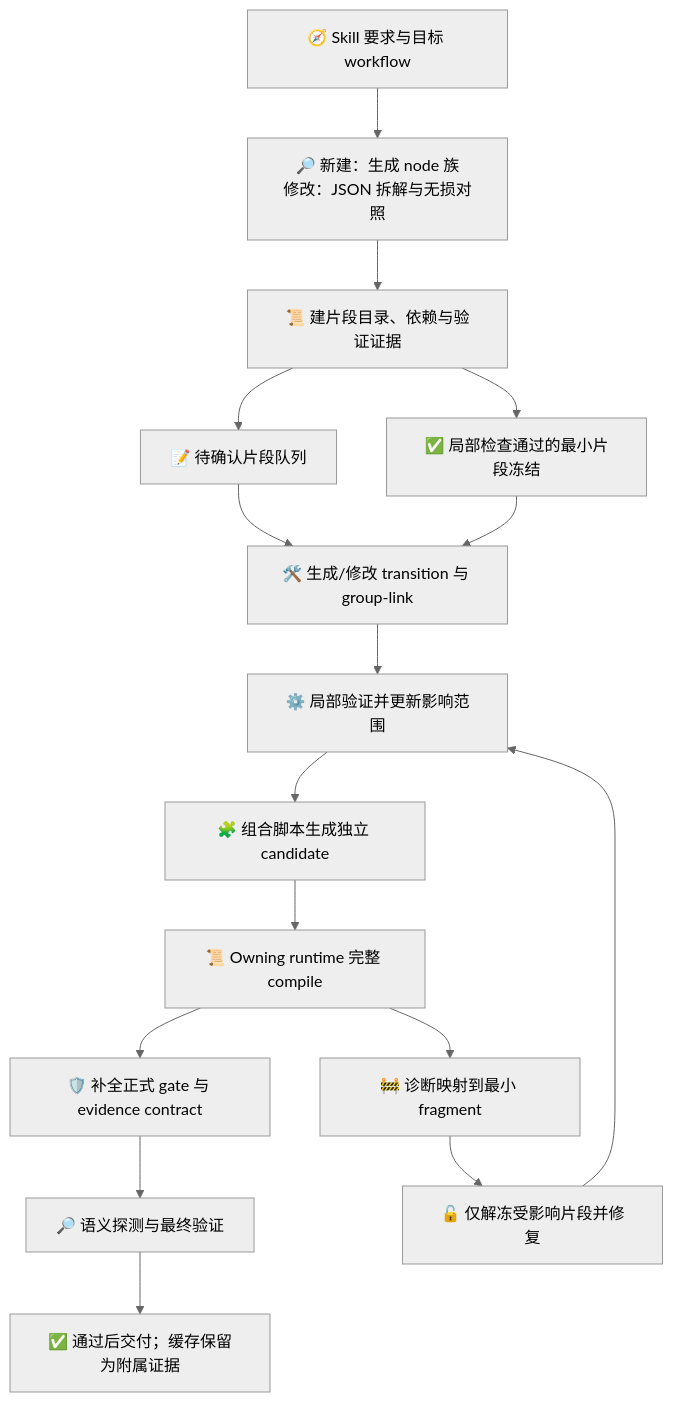
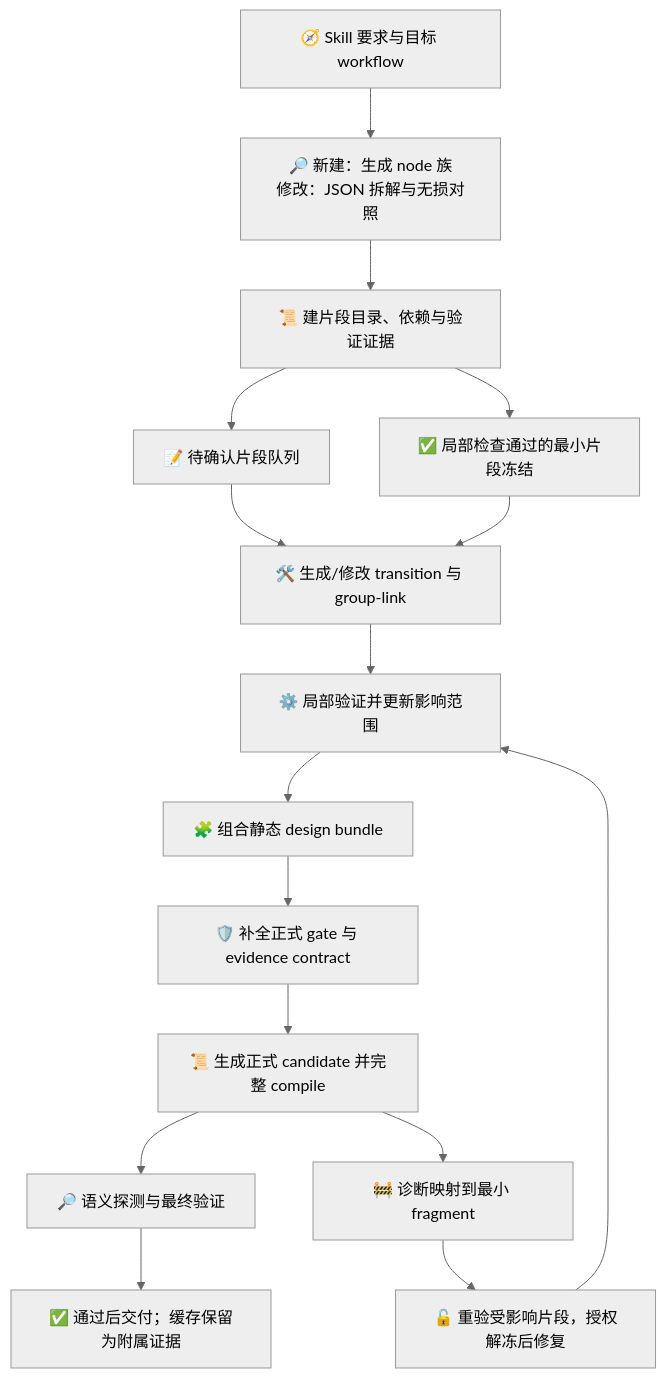
One commit to waynebaby/Techne-Loom changed the diagram in nextstep.md. Above: the diagram before and after it, drawn with Mermaid (neutral theme). The commit also changed other lines of this file, not shown here.

````diff
--- a/nextstep.md
+++ b/nextstep.md
@@ -308,18 +337,18 @@
 ```mermaid
 flowchart TD
   A["🧭 Skill 要求与目标 workflow"] --> B["🔎 新建：生成 node 族<br/>修改：JSON 拆解与无损对照"]
   B --> C["📜 建片段目录、依赖与验证证据"]
   C --> D["✅ 局部检查通过的最小片段冻结"]
   C --> E["📝 待确认片段队列"]
   E --> F["🛠️ 生成/修改 transition 与 group-link"]
   D --> F
   F --> G["⚙️ 局部验证并更新影响范围"]
-  G --> H["🧩 组合脚本生成独立 candidate"]
-  H --> I["📜 Owning runtime 完整 compile"]
-  I --> J["🛡️ 补全正式 gate 与 evidence contract"]
-  J --> K["🔎 语义探测与最终验证"]
+  G --> H["🧩 组合静态 design bundle"]
+  H --> J["🛡️ 补全正式 gate 与 evidence contract"]
+  J --> I["📜 生成正式 candidate 并完整 compile"]
+  I --> K["🔎 语义探测与最终验证"]
   K --> L["✅ 通过后交付；缓存保留为附属证据"]
   I --> M["🚧 诊断映射到最小 fragment"]
-  M --> N["🔓 仅解冻受影响片段并修复"]
+  M --> N["🔓 重验受影响片段，授权解冻后修复"]
   N --> G
 ```
````
